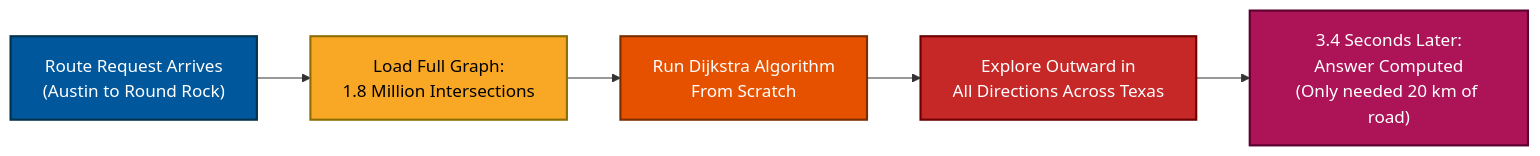
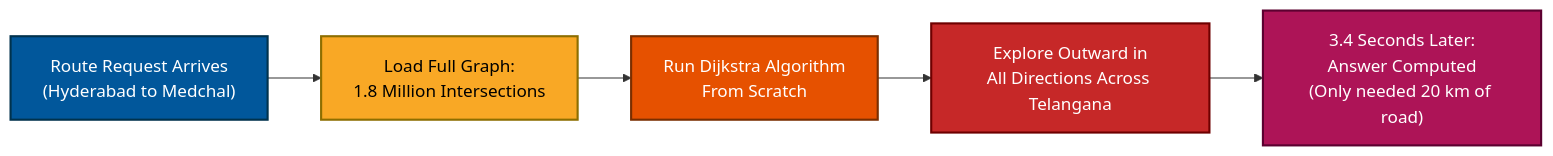
One commit to riyaz-pasha/Learnings changed the first of 20 diagrams in system-design/HLD/0-course/28-Design Google Maps-FAANG-Guide-story.md. Above: the diagram before and after it, drawn with Mermaid. The commit also changed other lines of this file, not shown here.

First line of the commit message:
[HLD] Localize Google Maps story guide to Hyderabad/Telangana

````diff
--- a/system-design/HLD/0-course/28-Design Google Maps-FAANG-Guide-story.md
+++ b/system-design/HLD/0-course/28-Design Google Maps-FAANG-Guide-story.md
@@ -79,13 +79,13 @@
 ```mermaid
 flowchart LR
-    A["Route Request Arrives<br/>(Austin to Round Rock)"] --> B["Load Full Graph:<br/>1.8 Million Intersections"]
+    A["Route Request Arrives<br/>(Hyderabad to Medchal)"] --> B["Load Full Graph:<br/>1.8 Million Intersections"]
     B --> C["Run Dijkstra Algorithm<br/>From Scratch"]
-    C --> D["Explore Outward in<br/>All Directions Across Texas"]
+    C --> D["Explore Outward in<br/>All Directions Across Telangana"]
     D --> E["3.4 Seconds Later:<br/>Answer Computed<br/>(Only needed 20 km of road)"]
 
     style A fill:#01579b,stroke:#00324d,color:#ffffff,stroke-width:2px
     style B fill:#f9a825,stroke:#8d6e00,color:#000000,stroke-width:2px
     style C fill:#e65100,stroke:#7a2e00,color:#ffffff,stroke-width:2px
     style D fill:#c62828,stroke:#6e0000,color:#ffffff,stroke-width:2px
     style E fill:#ad1457,stroke:#5c0030,color:#ffffff,stroke-width:2px
 ```
````
